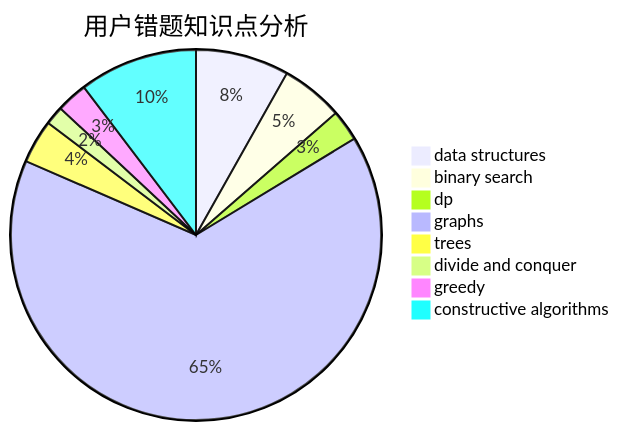
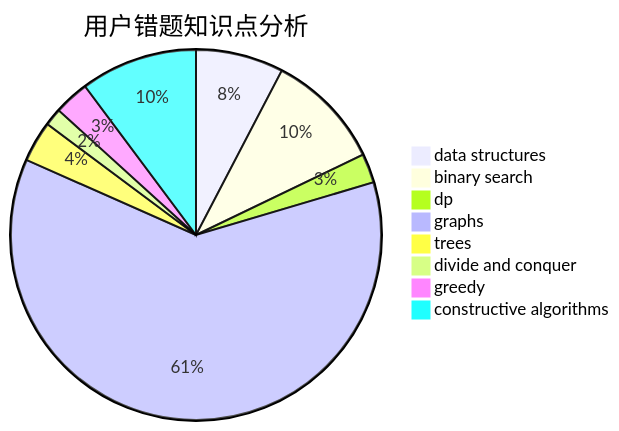
Before and after one commit to sherpahu/cfrs.github.io: the third of 3 diagrams in docs/user/u1172.md, drawn with Mermaid. The commit also changed other lines of this file and 2770 other files, not shown here.

````diff
--- a/docs/user/u1172.md
+++ b/docs/user/u1172.md
@@ -36,11 +36,11 @@
 ```mermaid
 pie title 用户错题知识点分析
     "data structures" :  15
-    "binary search" :  10
+    "binary search" :  20
     "dp" :  5
     "graphs" :  120
     "trees" :  7
     "divide and conquer" :  3
-    "greedy" :  5
-    "constructive algorithms" :  19
+    "greedy" :  6
+    "constructive algorithms" :  20
 ```
````
